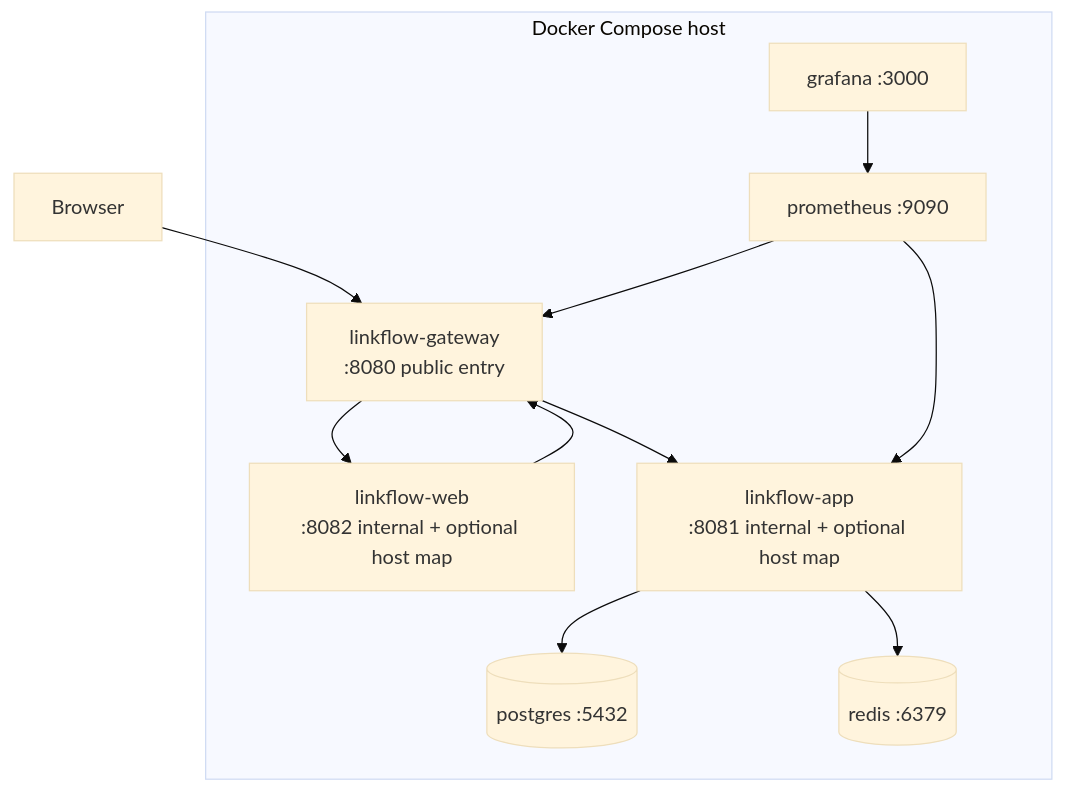
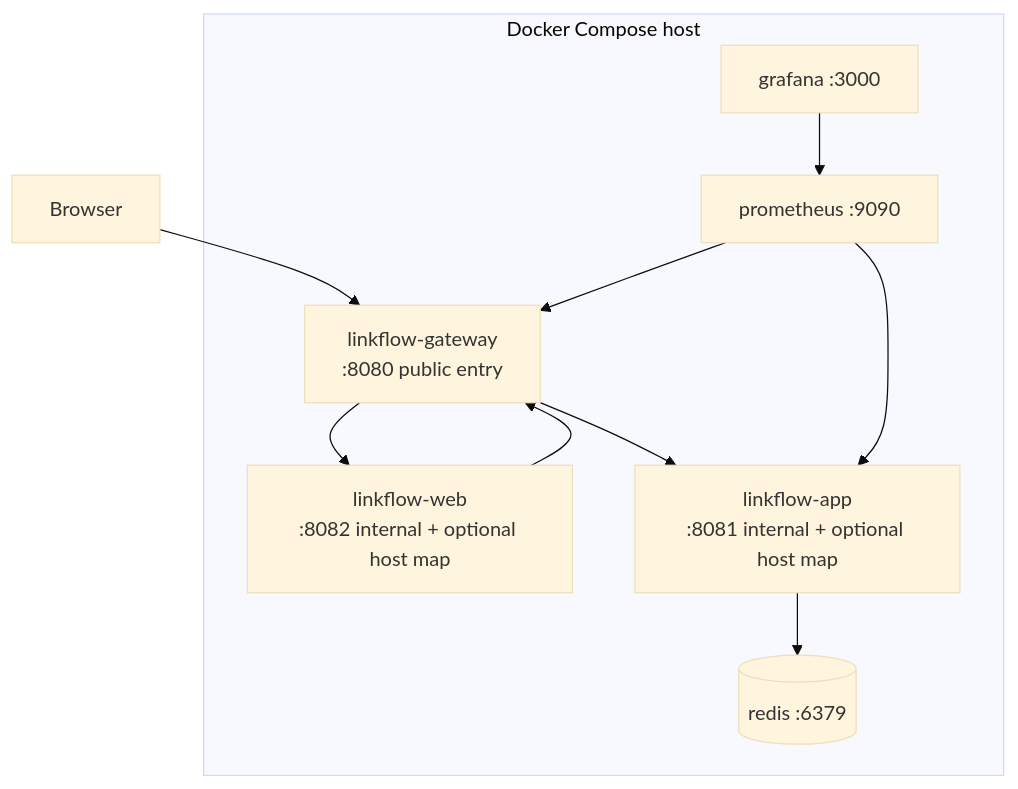
One commit to SlayerBit/linkflow changed the tenth of 11 diagrams in docs/system-design.md. Above: the diagram before and after it, drawn with Mermaid (base theme). The commit also changed other lines of this file and 8 other files, not shown here.

````diff
--- a/docs/system-design.md
+++ b/docs/system-design.md
@@ -380,22 +380,20 @@
 ```mermaid
 flowchart TB
     subgraph DockerHost["Docker Compose host"]
         Gateway["linkflow-gateway\n:8080 public entry"]
         WebUI["linkflow-web\n:8082 internal + optional host map"]
         Backend["linkflow-app\n:8081 internal + optional host map"]
-        Postgres[(postgres :5432)]
         Redis[(redis :6379)]
         Prometheus["prometheus :9090"]
         Grafana["grafana :3000"]
     end
 
     Browser["Browser"] --> Gateway
     Gateway --> Backend
     Gateway --> WebUI
     WebUI --> Gateway
-    Backend --> Postgres
     Backend --> Redis
     Prometheus --> Backend
     Prometheus --> Gateway
     Grafana --> Prometheus
 ```
````
